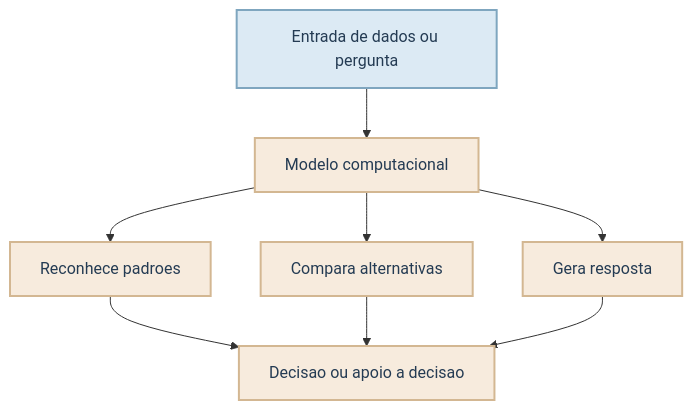
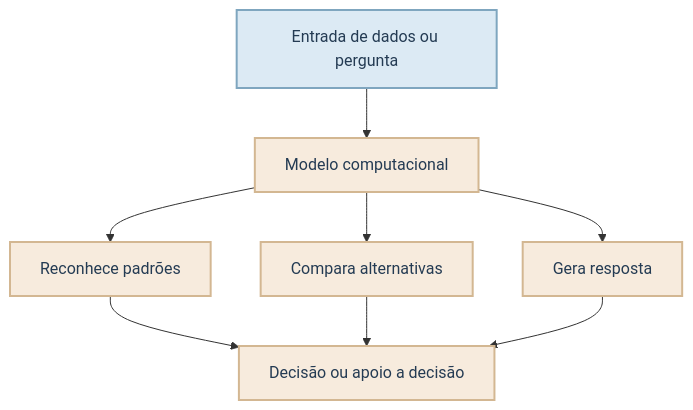
Diagram 11 of 51 in temas/introducao_pratica_ia_e_genia/estudo/aula1.qmd (mikaelakihitto/self-study-data-science), drawn with Mermaid before and after one commit. The commit also changed other lines of this file, not shown here.

````diff
--- a/temas/introducao_pratica_ia_e_genia/estudo/aula1.qmd
+++ b/temas/introducao_pratica_ia_e_genia/estudo/aula1.qmd
@@ -277,18 +268,18 @@
 ```{mermaid}
 %%| fig-align: center
 %%| out-width: 72%
 graph TD
     A[Entrada de dados ou pergunta] --> B[Modelo computacional]
-    B --> C[Reconhece padroes]
+    B --> C[Reconhece padrões]
     B --> D[Compara alternativas]
     B --> E[Gera resposta]
-    C --> F[Decisao ou apoio a decisao]
+    C --> F[Decisão ou apoio a decisão]
     D --> F
     E --> F
     %% Definicao das cores
     classDef styleAzul fill:#DCEAF4,stroke:#7FA6BF,stroke-width:2px,color:#243B53;
     classDef styleVerde fill:#E7F2E8,stroke:#90B29A,stroke-width:2px,color:#243B53;
     classDef styleAreia fill:#F7EBDD,stroke:#D3B792,stroke-width:2px,color:#243B53;
     class A styleAzul;
     class B,C,D,E,F styleAreia;
 ```
````
